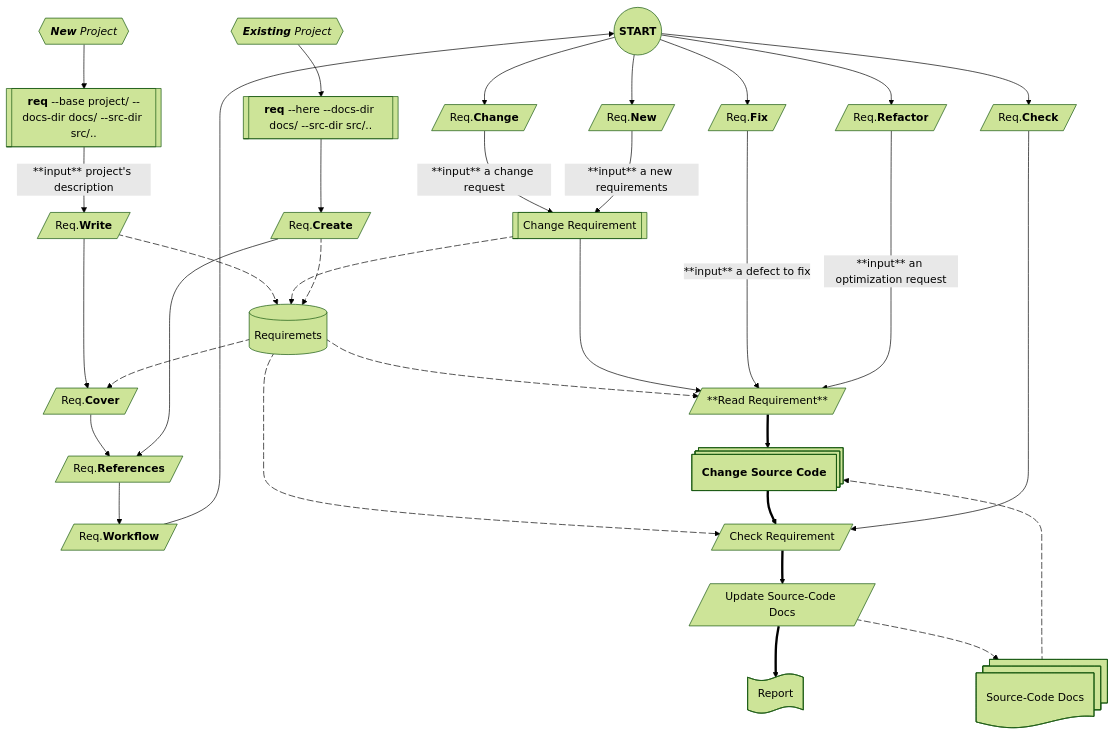
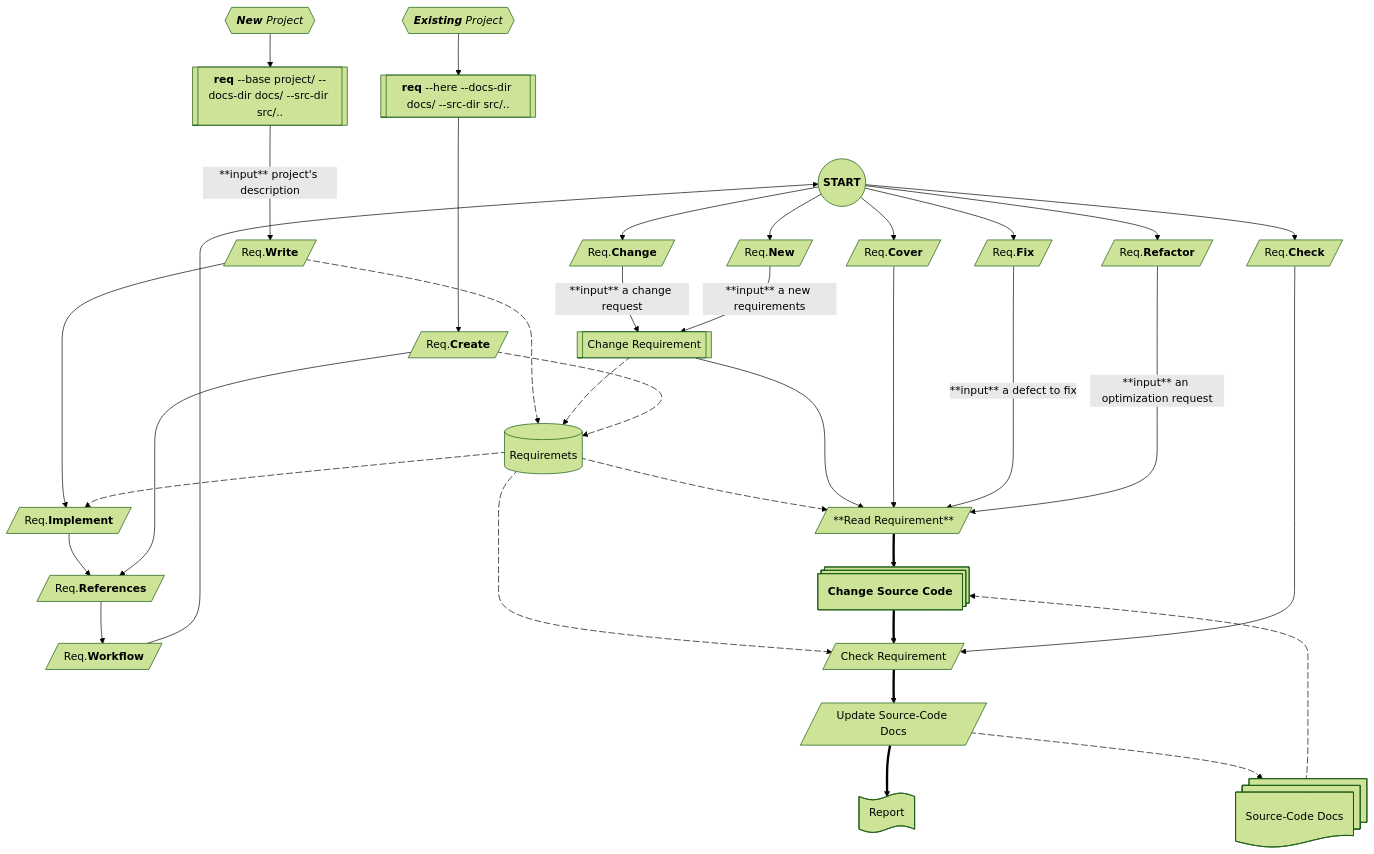
The diagram in images/flowchart.md (Ogekuri/useReq), drawn with Mermaid (forest theme) before and after one commit. The commit also changed 4 other files, not shown here.

```diff
--- a/images/flowchart.md
+++ b/images/flowchart.md
@@ -18,6 +18,7 @@
     CHANGE@{ shape: lean-r, label: "Req.**Change**"}
     CHECK@{ shape: lean-r, label: "Req.**Check**"}
     COVER@{ shape: lean-r, label: "Req.**Cover**"}
+    IMPLEMENT@{ shape: lean-r, label: "Req.**Implement**"}
     FIX@{ shape: lean-r, label: "Req.**Fix**"}
     NEW@{ shape: lean-r, label: "Req.**New**"}
     REFACTOR@{ shape: lean-r, label: "Req.**Refactor**"}
@@ -33,20 +34,19 @@
     DOCS@{ shape: docs, label: "Source-Code Docs"}
     REPORT@{ shape: paper-tape, label: "Report"}
     
+
     %% New Project
     NP --> CMDNP
-    CMDNP -- **input** project's description --> WRITE
-    WRITE --> COVER
-    COVER --> REFERENCES
+    CMDNP -- **input** project's description ---> WRITE
+    WRITE ----> IMPLEMENT
+    IMPLEMENT --> REFERENCES
     REFERENCES --> WORKFLOW
     WORKFLOW --> START
 
-
     %% Existing Project
     EP --> CMDEP
-    CMDEP --> CREATE
-    CREATE--> REFERENCES
-
+    CMDEP ----> CREATE
+    CREATE --> REFERENCES
 
 
     %% Requirements
@@ -60,7 +60,7 @@
     e5@{ animate: true }
     CREATE e6@-.-> REQ
     e6@{ animate: true }
-    REQ e7@-.-> COVER
+    REQ e7@-.-> IMPLEMENT
     e7@{ animate: true }
 
     %% Change
@@ -77,6 +77,10 @@
     START --> CHECK
     CHECK ------> REQ_CHECK
 
+    %% Cover
+    START --> COVER
+    COVER ----> REQ_READ
+    
     %% Fix
     START --> FIX
     FIX -- **input** a defect to fix ----> REQ_READ
```
